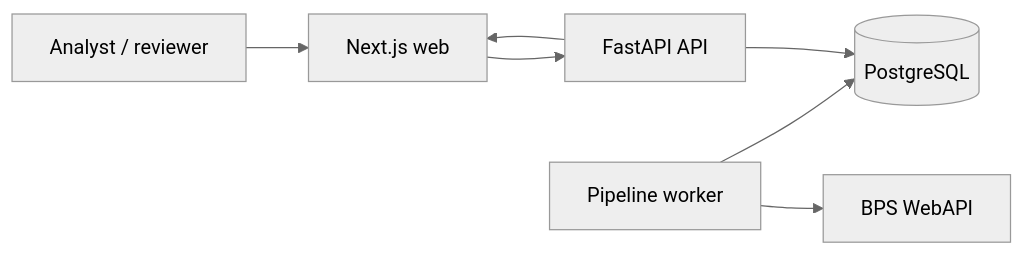
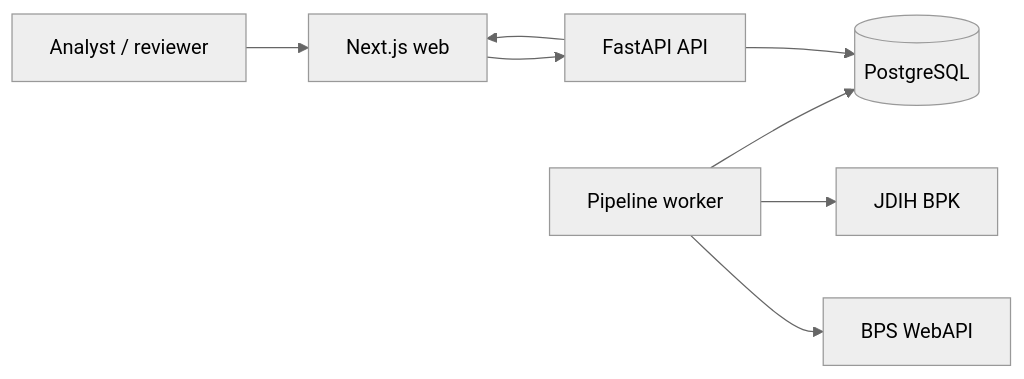
Before and after one commit to LaboNapitupulu/NusaIntel: the first of 2 diagrams in docs/architecture.md, drawn with Mermaid (neutral theme). The commit also changed other lines of this file and 27 other files, not shown here.

````diff
--- a/docs/architecture.md
+++ b/docs/architecture.md
@@ -13,9 +13,10 @@
 ```mermaid
 flowchart LR
     user["Analyst / reviewer"] --> web["Next.js web"]
     web --> api["FastAPI API"]
     worker["Pipeline worker"] --> bps["BPS WebAPI"]
+    worker --> jdih["JDIH BPK"]
     worker --> db[("PostgreSQL")]
     api --> db
     api --> web
 ```
````
